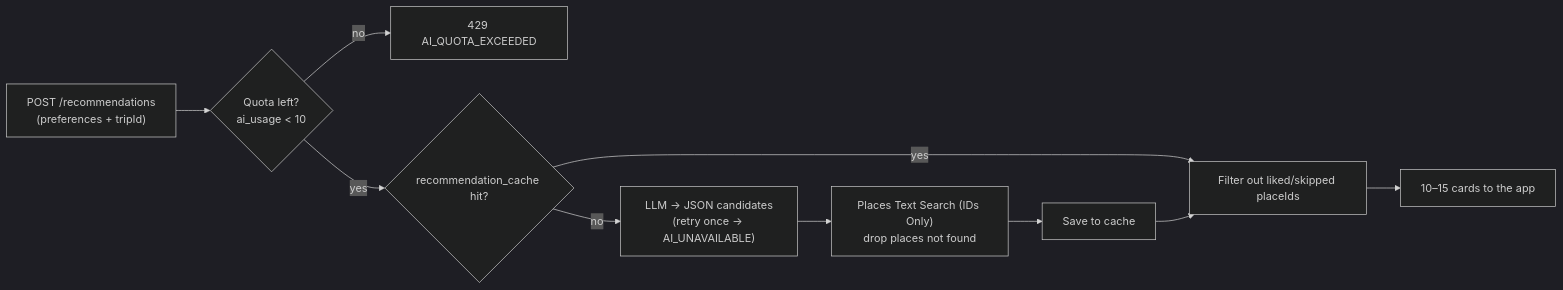
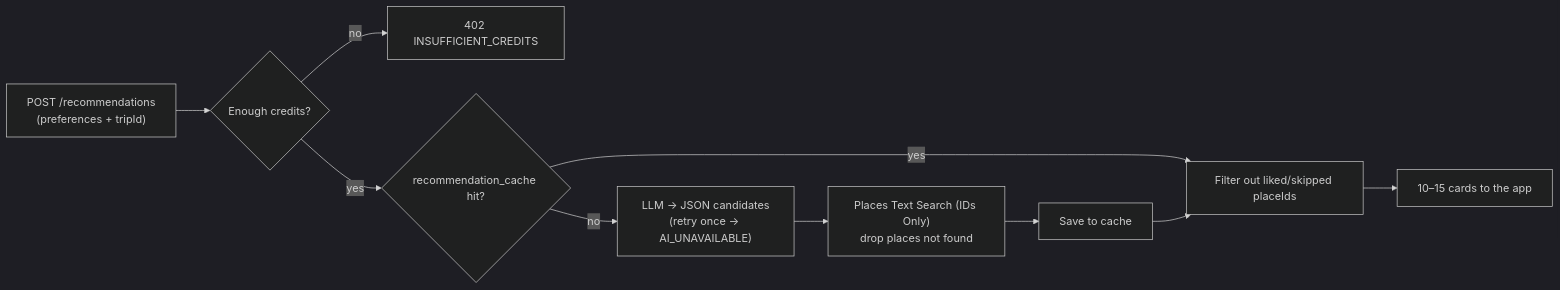
The diagram in docs/APP-SPEC.md (septianen/ransel-app), drawn with Mermaid (dark theme) before and after one commit. The commit also changed other lines of this file and 8 other files, not shown here.

Commit message:
docs: Explore credits replace the daily quota (PRD, TRD, specs, task lists)

````diff
--- a/docs/APP-SPEC.md
+++ b/docs/APP-SPEC.md
@@ -191,9 +192,9 @@
 ```mermaid
 flowchart LR
-  P["POST /recommendations<br/>(preferences + tripId)"] --> Q{"Quota left?<br/>ai_usage < 10"}
-  Q -- no --> E429["429 AI_QUOTA_EXCEEDED"]
+  P["POST /recommendations<br/>(preferences + tripId)"] --> Q{"Enough credits?"}
+  Q -- no --> E429["402 INSUFFICIENT_CREDITS"]
   Q -- yes --> C{"recommendation_cache hit?"}
   C -- yes --> F["Filter out liked/skipped placeIds"]
   C -- no --> L["LLM → JSON candidates<br/>(retry once → AI_UNAVAILABLE)"] --> V["Places Text Search (IDs Only)<br/>drop places not found"] --> SC["Save to cache"] --> F
   F --> R["10–15 cards to the app"]
 ```
````
